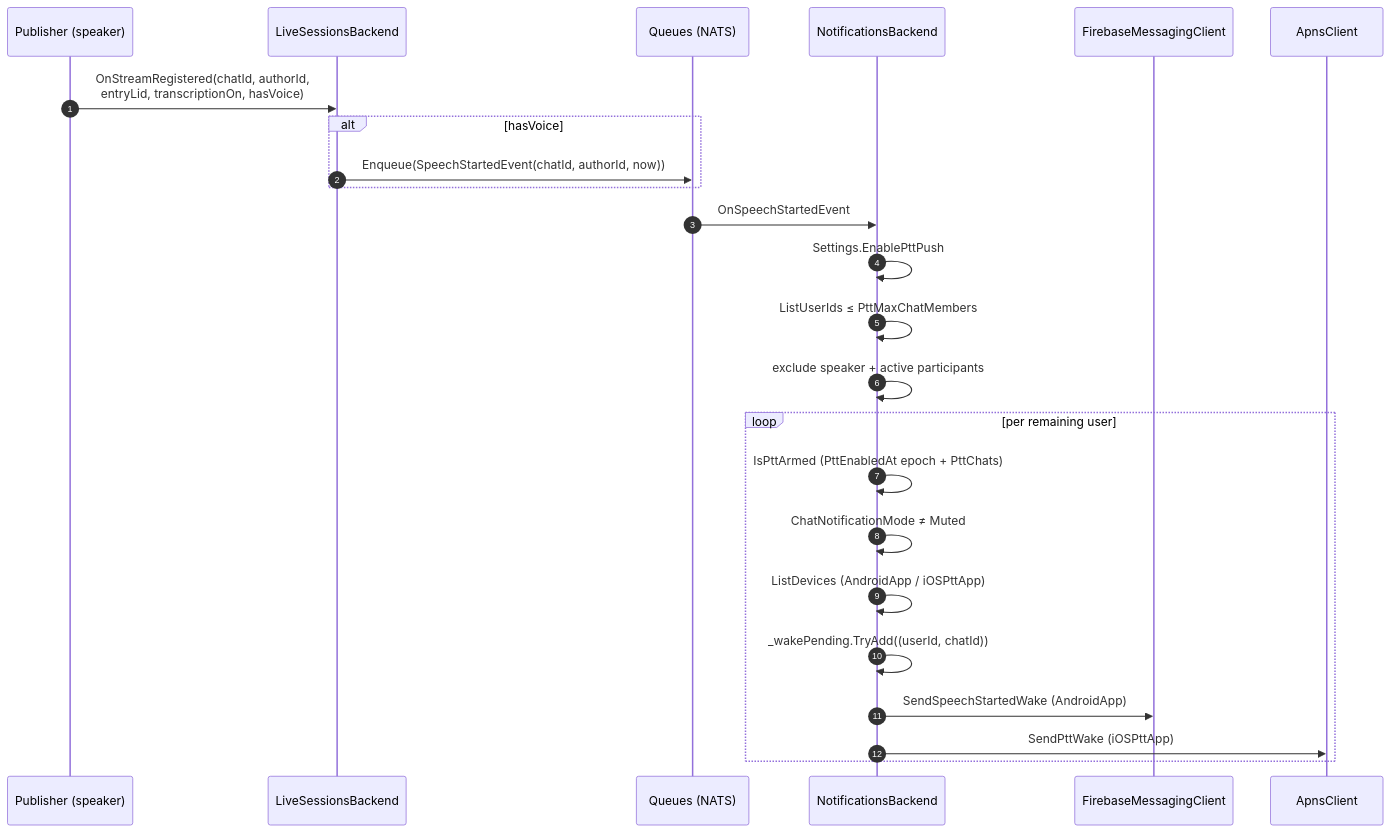
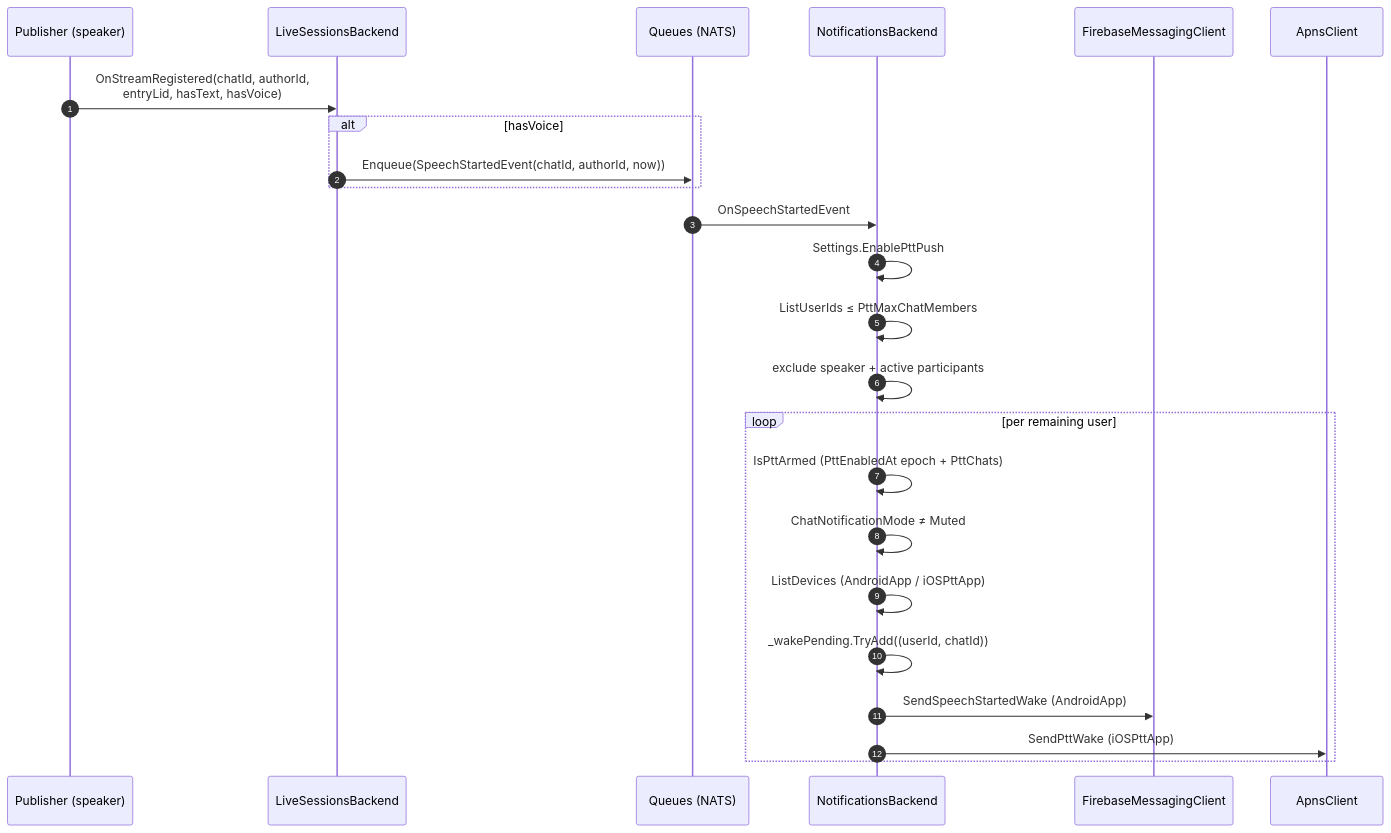
One commit to Actual-Chat/actual-chat changed the second of 3 diagrams in docs/live-audio/10-push-to-talk.md. Above: the diagram before and after it, drawn with Mermaid. The commit also changed 15 other files, not shown here.

````diff
--- a/docs/live-audio/10-push-to-talk.md
+++ b/docs/live-audio/10-push-to-talk.md
@@ -179,27 +179,27 @@
 ```mermaid
 sequenceDiagram
     autonumber
     participant Pub as Publisher (speaker)
     participant LSB as LiveSessionsBackend
     participant Q as Queues (NATS)
     participant NB as NotificationsBackend
     participant FCM as FirebaseMessagingClient
     participant APNs as ApnsClient
 
-    Pub->>LSB: OnStreamRegistered(chatId, authorId,<br/>entryLid, transcriptionOn, hasVoice)
+    Pub->>LSB: OnStreamRegistered(chatId, authorId,<br/>entryLid, hasText, hasVoice)
     alt hasVoice
         LSB->>Q: Enqueue(SpeechStartedEvent(chatId, authorId, now))
     end
     Q->>NB: OnSpeechStartedEvent
     NB->>NB: Settings.EnablePttPush
     NB->>NB: ListUserIds ≤ PttMaxChatMembers
     NB->>NB: exclude speaker + active participants
     loop per remaining user
         NB->>NB: IsPttArmed (PttEnabledAt epoch + PttChats)
         NB->>NB: ChatNotificationMode ≠ Muted
         NB->>NB: ListDevices (AndroidApp / iOSPttApp)
         NB->>NB: _wakePending.TryAdd((userId, chatId))
         NB->>FCM: SendSpeechStartedWake (AndroidApp)
         NB->>APNs: SendPttWake (iOSPttApp)
     end
 ```
````
